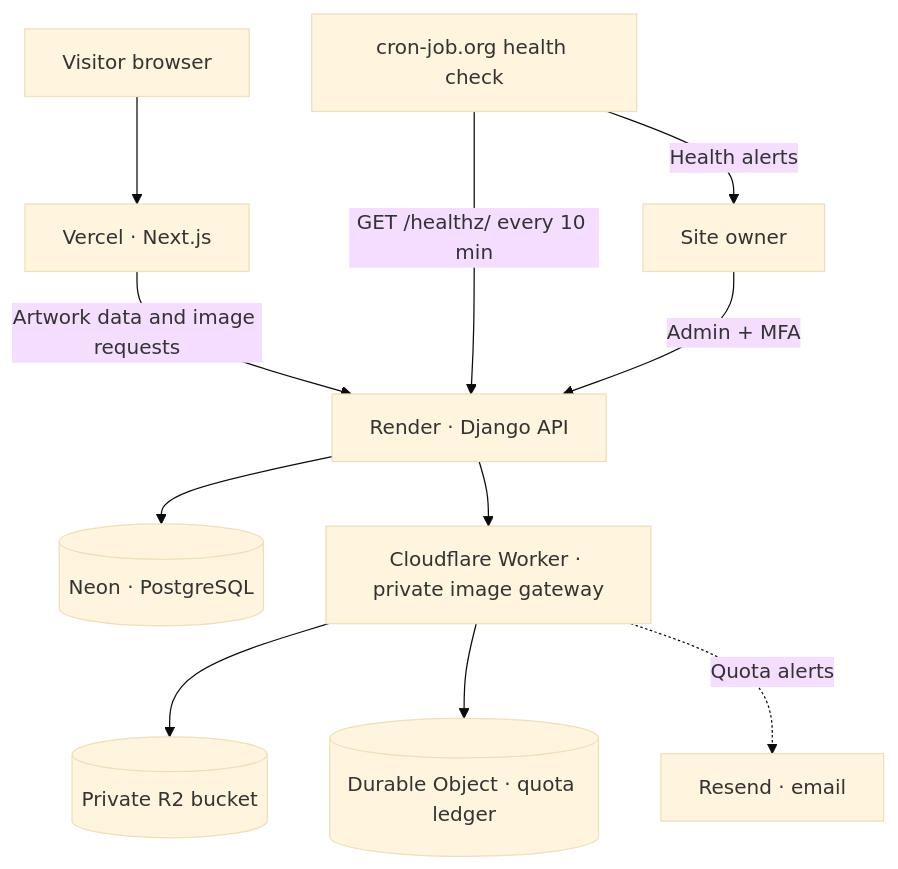
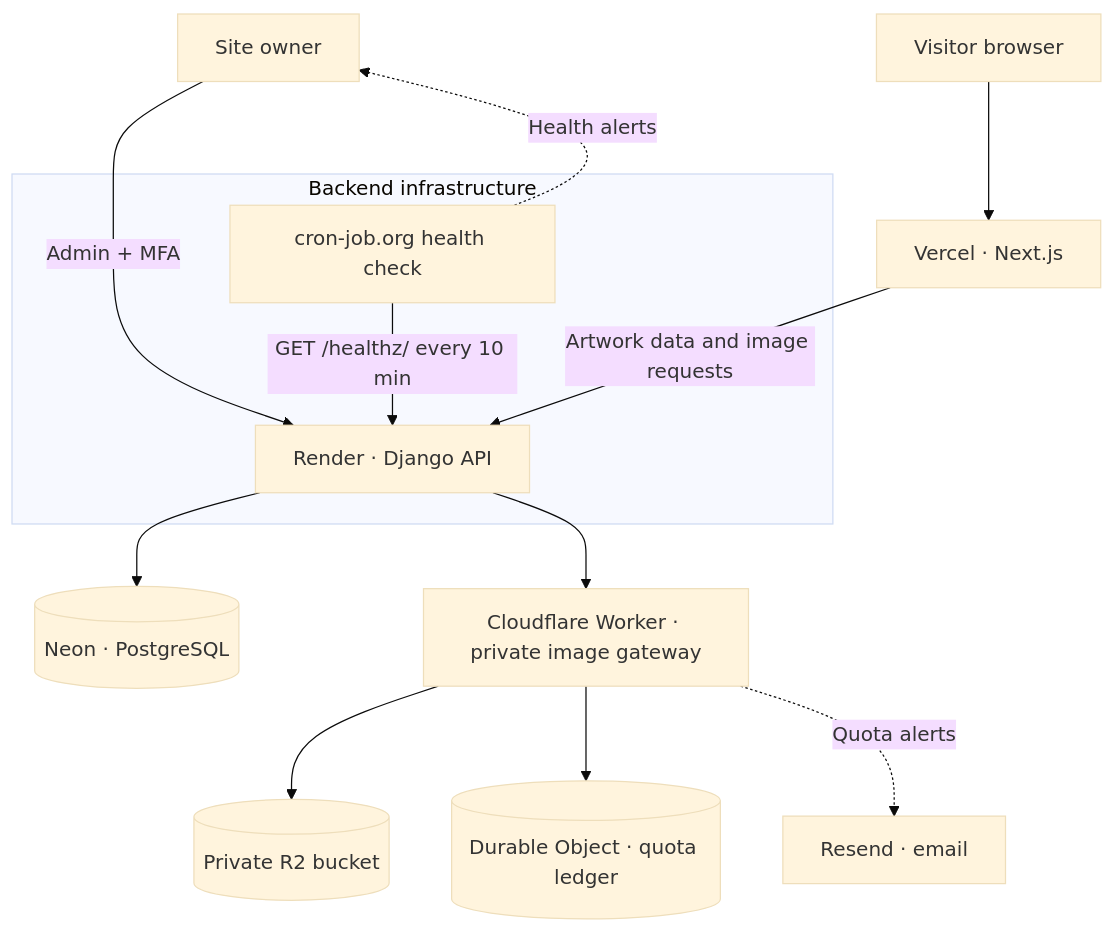
The first of 2 diagrams in README.md (aydinkaancinar/kaan-gallery), drawn with Mermaid (base theme) before and after one commit.

````diff
--- a/README.md
+++ b/README.md
@@ -20,13 +20,19 @@
 ```mermaid
 flowchart TB
     Browser[Visitor browser] --> Vercel[Vercel · Next.js]
-    Vercel -->|Artwork data and image requests| Render[Render · Django API]
-    Cron["cron-job.org health check"] -->|Health alerts| Owner[Site owner]
-    Cron -->|"GET /healthz/ every 10 min"| Render
-    Owner -->|"Admin + MFA"| Render
+    Owner[Site owner] -->|"Admin + MFA"| Render
+    Vercel -->|Artwork data and image requests| Render
+
+    subgraph Backend["Backend infrastructure"]
+        Render[Render · Django API]
+        Cron["cron-job.org health check"] -->|"GET /healthz/ every 10 min"| Render
+    end
+
+    Owner ~~~ Cron
+    Cron -.->|Health alerts| Owner
     Render --> Neon[(Neon · PostgreSQL)]
     Render --> Gateway[Cloudflare Worker · private image gateway]
     Gateway --> R2[(Private R2 bucket)]
     Gateway --> Ledger[(Durable Object · quota ledger)]
     Gateway -.->|Quota alerts| Resend[Resend · email]
 ```
````
